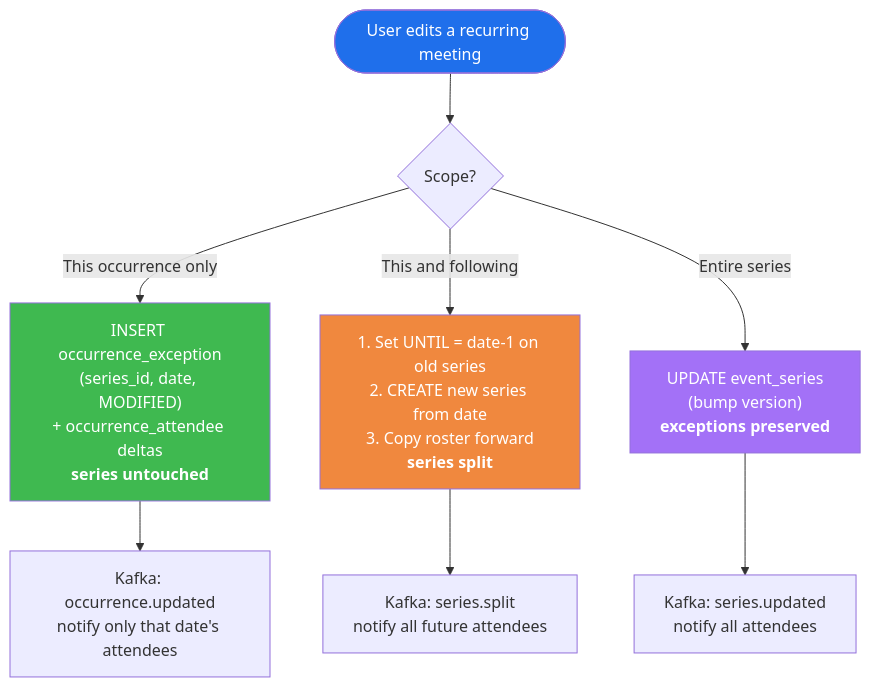
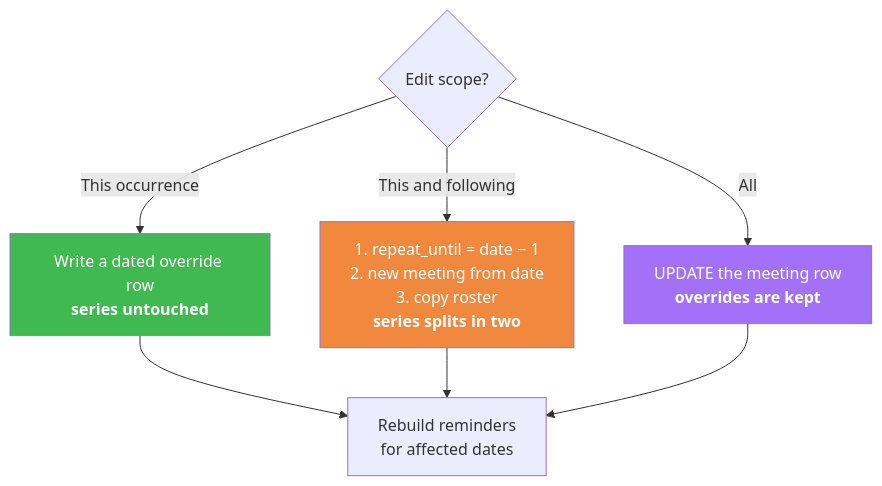
Before and after one commit to devesh1102/devesh1102.github.io: the fifth of 5 diagrams in notes/meeting-scheduler.md, drawn with Mermaid. The commit also changed other lines of this file and 2 other files, not shown here.

````diff
--- a/notes/meeting-scheduler.md
+++ b/notes/meeting-scheduler.md
@@ -414,17 +335,15 @@
 ```mermaid
 flowchart TD
-    E([User edits a recurring meeting]) --> Q{Scope?}
+    Q{Edit scope?}
+    Q -->|This occurrence| A["Write a dated override row<br/><b>series untouched</b>"]
+    Q -->|This and following| B["1. repeat_until = date − 1<br/>2. new meeting from date<br/>3. copy roster<br/><b>series splits in two</b>"]
+    Q -->|All| C["UPDATE the meeting row<br/><b>overrides are kept</b>"]
 
-    Q -->|This occurrence only| A["INSERT occurrence_exception<br/>(series_id, date, MODIFIED)<br/>+ occurrence_attendee deltas<br/><b>series untouched</b>"]
-    Q -->|This and following| B["1. Set UNTIL = date-1 on old series<br/>2. CREATE new series from date<br/>3. Copy roster forward<br/><b>series split</b>"]
-    Q -->|Entire series| C["UPDATE event_series<br/>(bump version)<br/><b>exceptions preserved</b>"]
+    A --> R[Rebuild reminders<br/>for affected dates]
+    B --> R
+    C --> R
 
-    A --> N[Kafka: occurrence.updated<br/>notify only that date's attendees]
-    B --> N2[Kafka: series.split<br/>notify all future attendees]
-    C --> N3[Kafka: series.updated<br/>notify all attendees]
-
-    style E fill:#1f6feb,color:#fff
     style A fill:#3fb950,color:#fff
     style B fill:#f0883e,color:#fff
     style C fill:#a371f7,color:#fff
 ```
````
